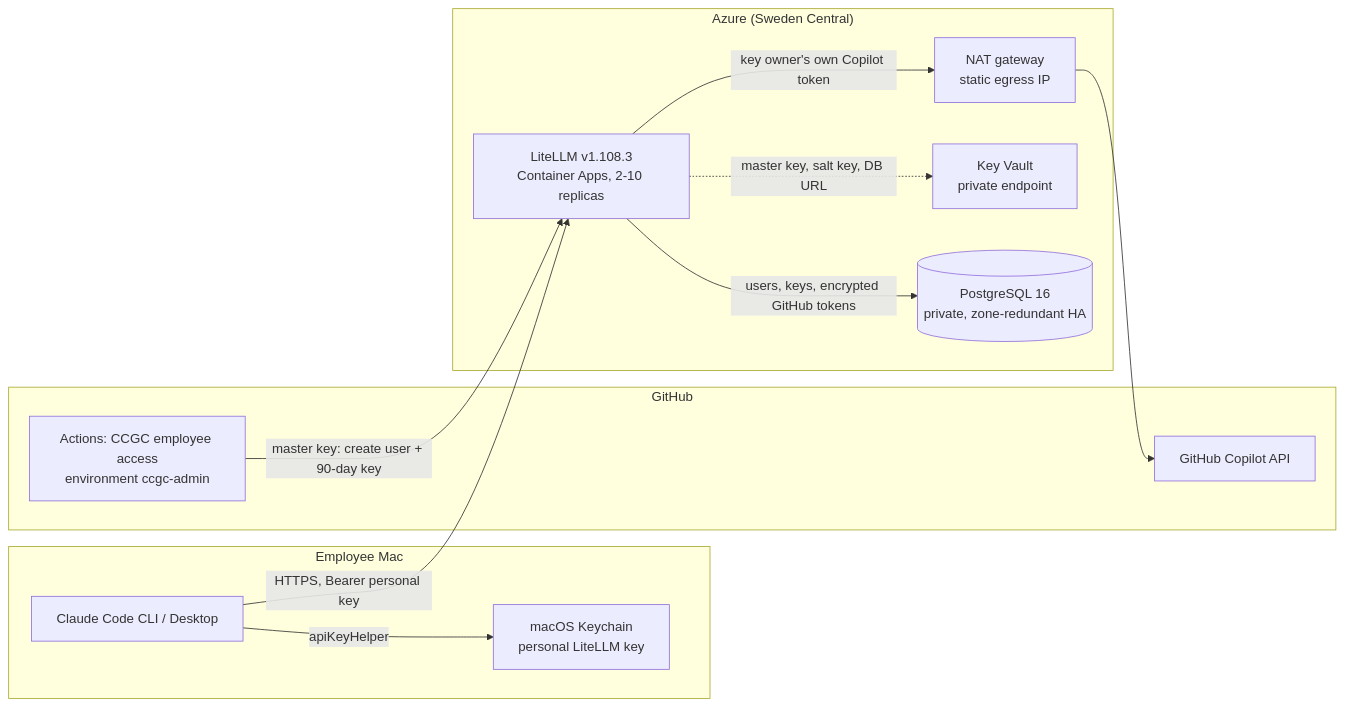
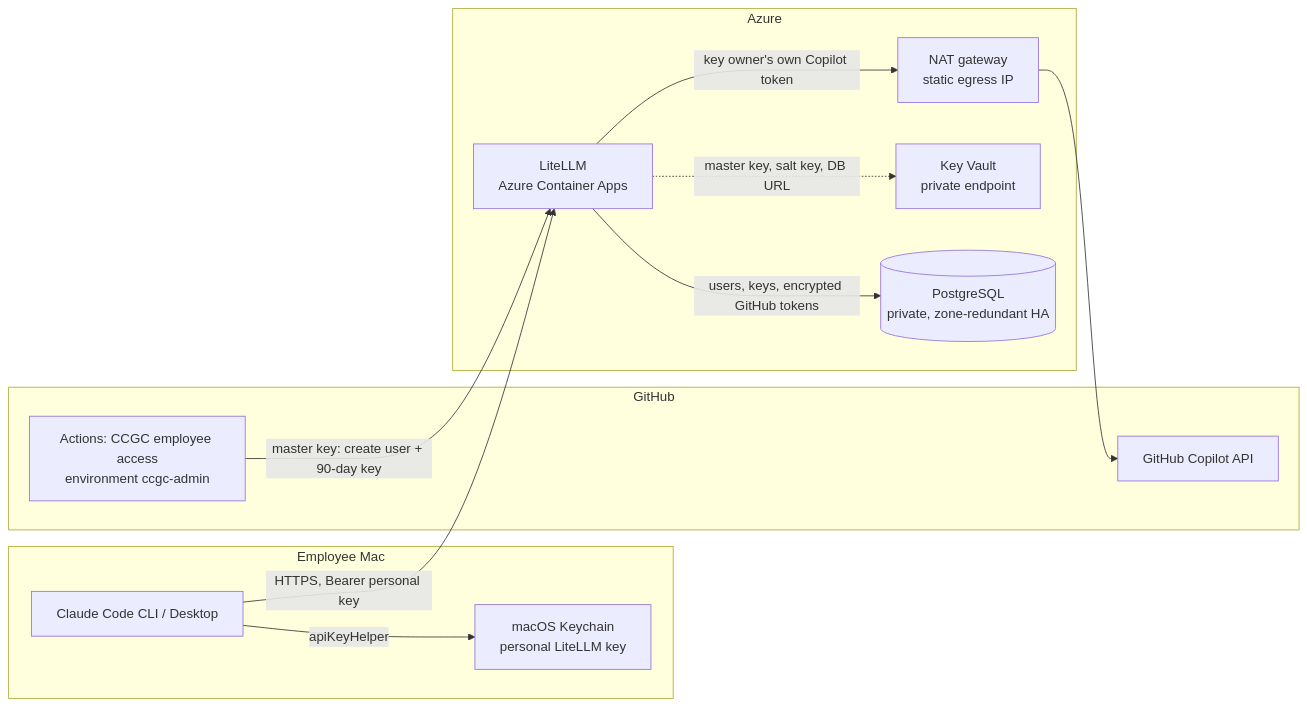
Before and after one commit to msftse-org/claude-code-with-github-copilot: the diagram in README.md, drawn with Mermaid. The commit also changed other lines of this file and 2 other files, not shown here.

````diff
--- a/README.md
+++ b/README.md
@@ -23,23 +23,23 @@
 ```mermaid
 flowchart LR
   subgraph Mac["Employee Mac"]
     CC["Claude Code CLI / Desktop"]
     KC["macOS Keychain<br/>personal LiteLLM key"]
     CC -- apiKeyHelper --> KC
   end
   subgraph GH["GitHub"]
     ACT["Actions: CCGC employee access<br/>environment ccgc-admin"]
     COP["GitHub Copilot API"]
   end
-  subgraph AZ["Azure (Sweden Central)"]
-    LL["LiteLLM v1.108.3<br/>Container Apps, 2-10 replicas"]
-    PG[("PostgreSQL 16<br/>private, zone-redundant HA")]
+  subgraph AZ["Azure"]
+    LL["LiteLLM<br/>Azure Container Apps"]
+    PG[("PostgreSQL<br/>private, zone-redundant HA")]
     KV["Key Vault<br/>private endpoint"]
     NAT["NAT gateway<br/>static egress IP"]
   end
   ACT -- "master key: create user + 90-day key" --> LL
   CC -- "HTTPS, Bearer personal key" --> LL
   LL -- "users, keys, encrypted GitHub tokens" --> PG
   LL -. "master key, salt key, DB URL" .-> KV
   LL -- "key owner's own Copilot token" --> NAT --> COP
 ```
````
